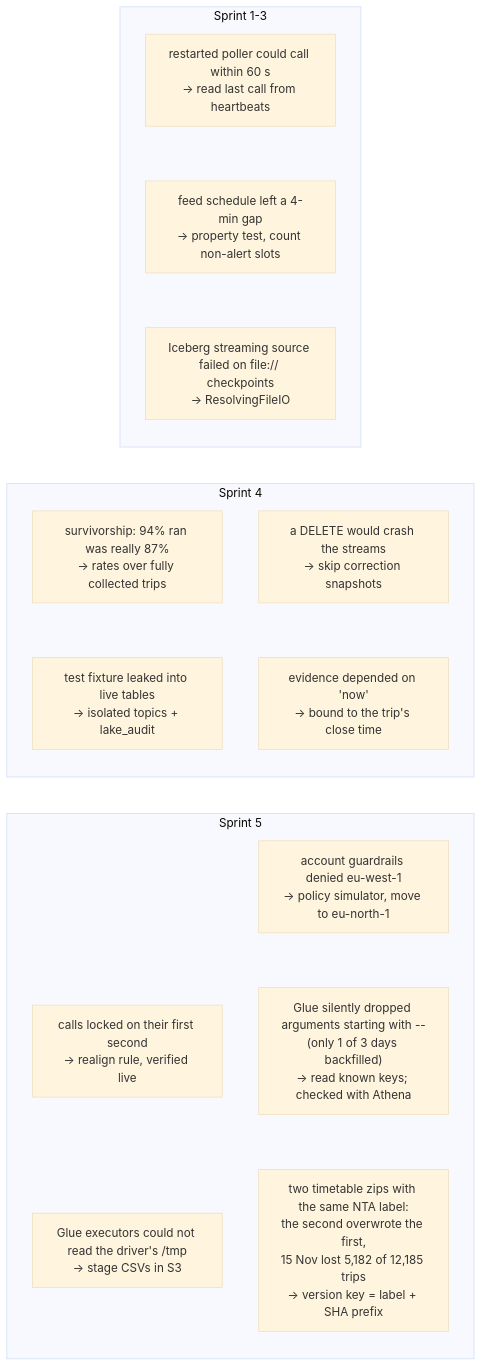
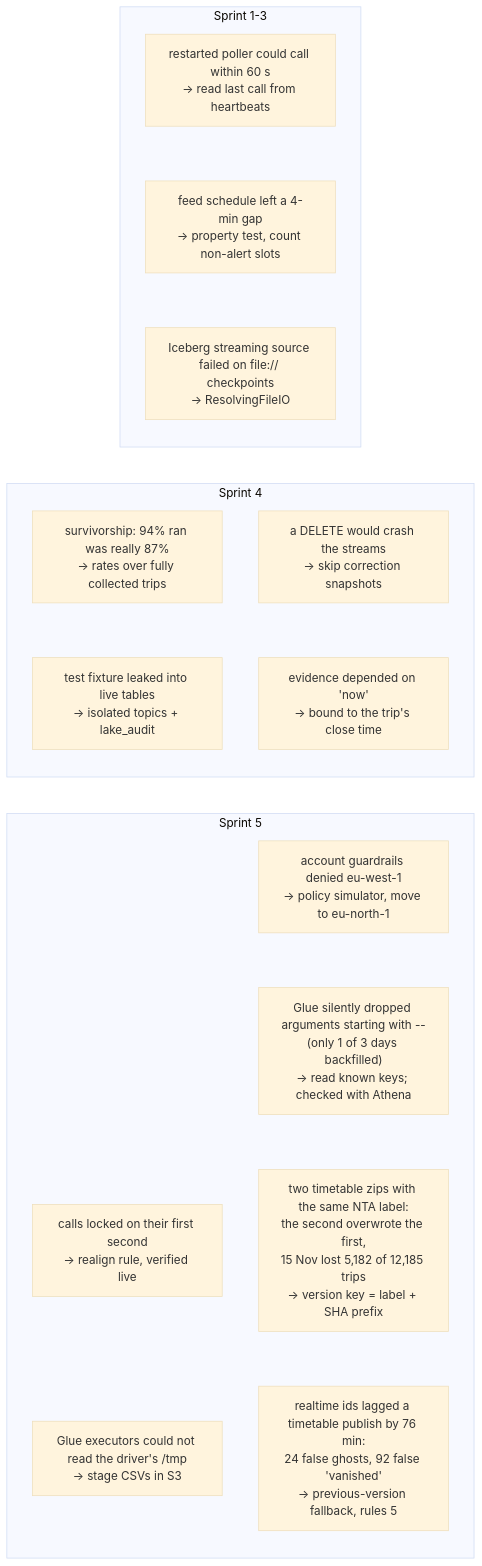
The fourth of 4 diagrams in docs/diagrams/07-engineering.md (IronNathanAlvares/ghost-bus-radar), drawn with Mermaid (base theme) before and after one commit. The commit also changed 12 other files, not shown here.

First line of the commit message:
Match realtime ids to the previous timetable just after a publish (rules 5)

````diff
--- a/docs/diagrams/07-engineering.md
+++ b/docs/diagrams/07-engineering.md
@@ -54,30 +54,31 @@
 ```mermaid
 flowchart TB
     subgraph S2["Sprint 1-3"]
         direction TB
         B1["restarted poller could call within 60 s<br/>-> read last call from heartbeats"]
         B2["feed schedule left a 4-min gap<br/>-> property test, count non-alert slots"]
         B3["Iceberg streaming source failed on file:// checkpoints<br/>-> ResolvingFileIO"]
         B1 ~~~ B2 ~~~ B3
     end
     subgraph S4["Sprint 4"]
         direction TB
         B4["survivorship: 94% ran was really 87%<br/>-> rates over fully collected trips"]
         B5["test fixture leaked into live tables<br/>-> isolated topics + lake_audit"]
         B6["a DELETE would crash the streams<br/>-> skip correction snapshots"]
         B7["evidence depended on 'now'<br/>-> bound to the trip's close time"]
         B4 ~~~ B5
         B6 ~~~ B7
     end
     subgraph S5["Sprint 5"]
         direction TB
         B8["calls locked on their first second<br/>-> realign rule, verified live"]
         B9["Glue executors could not read the driver's /tmp<br/>-> stage CSVs in S3"]
         B10["account guardrails denied eu-west-1<br/>-> policy simulator, move to eu-north-1"]
         B11["Glue silently dropped arguments starting with --<br/>(only 1 of 3 days backfilled)<br/>-> read known keys; checked with Athena"]
         B12["two timetable zips with the same NTA label:<br/>the second overwrote the first,<br/>15 Nov lost 5,182 of 12,185 trips<br/>-> version key = label + SHA prefix"]
+        B13["realtime ids lagged a timetable publish by 76 min:<br/>24 false ghosts, 92 false 'vanished'<br/>-> previous-version fallback, rules 5"]
         B8 ~~~ B9
-        B10 ~~~ B11 ~~~ B12
+        B10 ~~~ B11 ~~~ B12 ~~~ B13
     end
     S2 ~~~ S4 ~~~ S5
 ```
````
